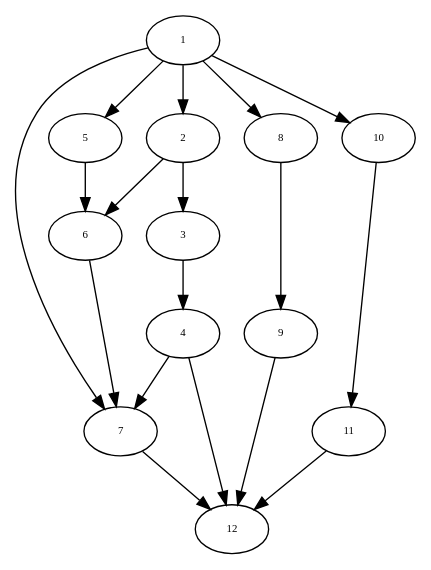
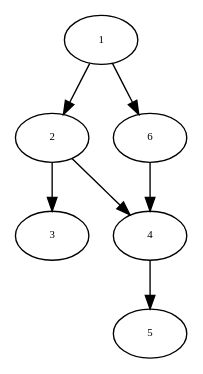
One commit to rb4k/as-rcpsp changed the diagram in graph.dot. Above: the diagram before and after it, drawn with Graphviz. The commit also changed 59 other files, not shown here.

```diff
--- a/graph.dot
+++ b/graph.dot
@@ -1,129 +1,55 @@
 digraph RGL__DirectedAdjacencyGraph {
     3 [
         fontsize = 8,
         label = 1
     ]
 
     5 [
         fontsize = 8,
         label = 2
     ]
 
+    7 [
+        fontsize = 8,
+        label = 3
+    ]
+
+    9 [
+        fontsize = 8,
+        label = 4
+    ]
+
     11 [
         fontsize = 8,
         label = 5
-    ]
-
-    17 [
-        fontsize = 8,
-        label = 8
-    ]
-
-    21 [
-        fontsize = 8,
-        label = 10
-    ]
-
-    7 [
-        fontsize = 8,
-        label = 3
     ]
 
     13 [
         fontsize = 8,
         label = 6
     ]
 
-    9 [
-        fontsize = 8,
-        label = 4
-    ]
-
-    15 [
-        fontsize = 8,
-        label = 7
-    ]
-
-    25 [
-        fontsize = 8,
-        label = 12
-    ]
-
-    19 [
-        fontsize = 8,
-        label = 9
-    ]
-
-    23 [
-        fontsize = 8,
-        label = 11
-    ]
-
     3 -> 5 [
         fontsize = 8
     ]
 
-    3 -> 11 [
-        fontsize = 8
-    ]
-
-    3 -> 17 [
-        fontsize = 8
-    ]
-
-    3 -> 21 [
-        fontsize = 8
-    ]
-
-    3 -> 15 [
+    3 -> 13 [
         fontsize = 8
     ]
 
     5 -> 7 [
         fontsize = 8
     ]
 
-    5 -> 13 [
+    5 -> 9 [
         fontsize = 8
     ]
 
-    11 -> 13 [
+    9 -> 11 [
         fontsize = 8
     ]
 
-    17 -> 19 [
-        fontsize = 8
-    ]
-
-    21 -> 23 [
-        fontsize = 8
-    ]
-
-    7 -> 9 [
-        fontsize = 8
-    ]
-
-    13 -> 15 [
-        fontsize = 8
-    ]
-
-    9 -> 15 [
-        fontsize = 8
-    ]
-
-    9 -> 25 [
-        fontsize = 8
-    ]
-
-    15 -> 25 [
-        fontsize = 8
-    ]
-
-    19 -> 25 [
-        fontsize = 8
-    ]
-
-    23 -> 25 [
+    13 -> 9 [
         fontsize = 8
     ]
 }
```
